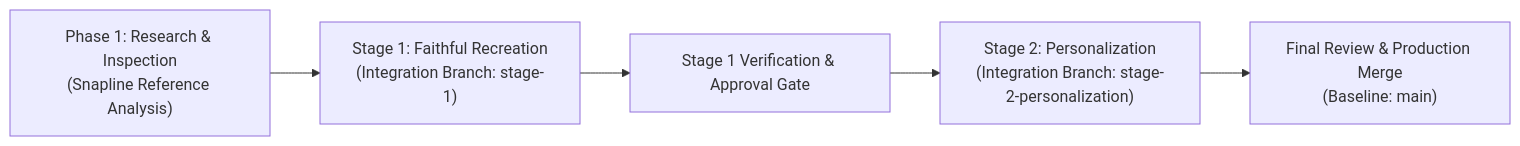
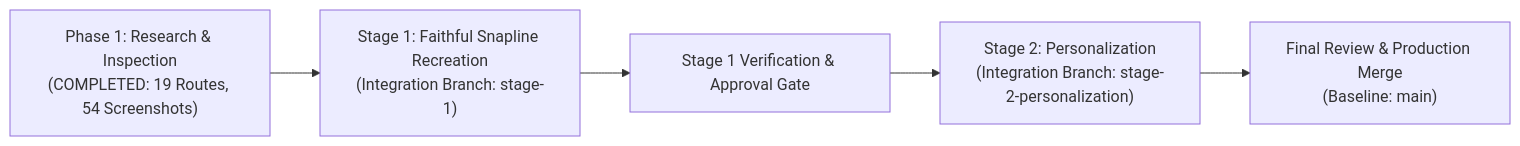
One commit to fancieX/portfolio changed the first of 3 diagrams in docs/implementation-plan.md. Above: the diagram before and after it, drawn with Mermaid. The commit also changed other lines of this file and 62 other files, not shown here.

Commit message:
docs: finalize Snapline implementation roadmap

````diff
--- a/docs/implementation-plan.md
+++ b/docs/implementation-plan.md
@@ -16,7 +18,7 @@
 ```mermaid
 flowchart LR
-    A["Phase 1: Research & Inspection<br/>(Snapline Reference Analysis)"] --> B["Stage 1: Faithful Recreation<br/>(Integration Branch: stage-1)"]
+    A["Phase 1: Research & Inspection<br/>(COMPLETED: 19 Routes, 54 Screenshots)"] --> B["Stage 1: Faithful Snapline Recreation<br/>(Integration Branch: stage-1)"]
     B --> C["Stage 1 Verification & Approval Gate"]
     C --> D["Stage 2: Personalization<br/>(Integration Branch: stage-2-personalization)"]
     D --> E["Final Review & Production Merge<br/>(Baseline: main)"]
 ```
````
